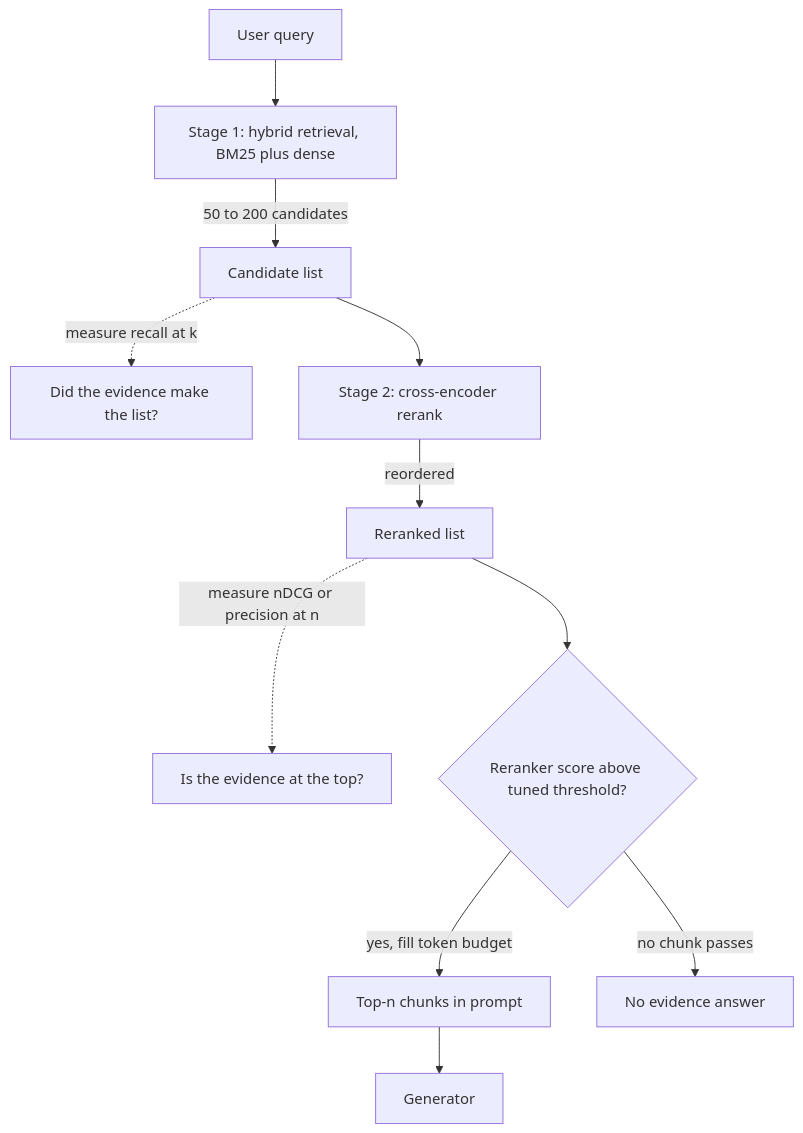
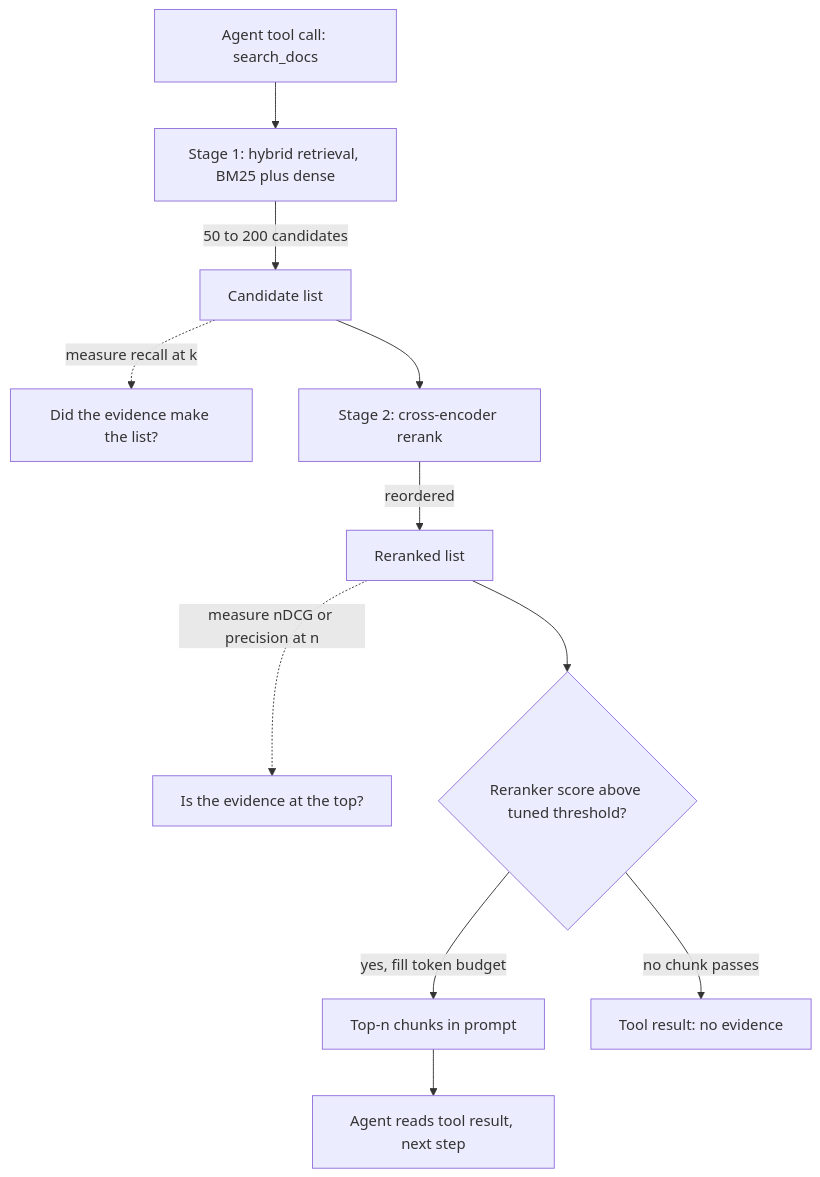
The diagram in content/rag-retrieval/recall-vs-precision-trade-off.md (lovishmahajan97/agentic-learning), drawn with Mermaid before and after one commit. The commit also changed other lines of this file and 266 other files, not shown here.

````diff
--- a/content/rag-retrieval/recall-vs-precision-trade-off.md
+++ b/content/rag-retrieval/recall-vs-precision-trade-off.md
@@ -111,13 +135,13 @@
 ```mermaid
 flowchart TD
-    Q["User query"] --> S1["Stage 1: hybrid retrieval, BM25 plus dense"]
+    Q["Agent tool call: search_docs"] --> S1["Stage 1: hybrid retrieval, BM25 plus dense"]
     S1 -->|"50 to 200 candidates"| C["Candidate list"]
     C -.->|"measure recall at k"| M1["Did the evidence make the list?"]
     C --> S2["Stage 2: cross-encoder rerank"]
     S2 -->|"reordered"| R["Reranked list"]
     R -.->|"measure nDCG or precision at n"| M2["Is the evidence at the top?"]
     R --> T{"Reranker score above tuned threshold?"}
     T -->|"yes, fill token budget"| P["Top-n chunks in prompt"]
-    T -->|"no chunk passes"| N["No evidence answer"]
-    P --> G["Generator"]
+    T -->|"no chunk passes"| N["Tool result: no evidence"]
+    P --> G["Agent reads tool result, next step"]
 ```
````
